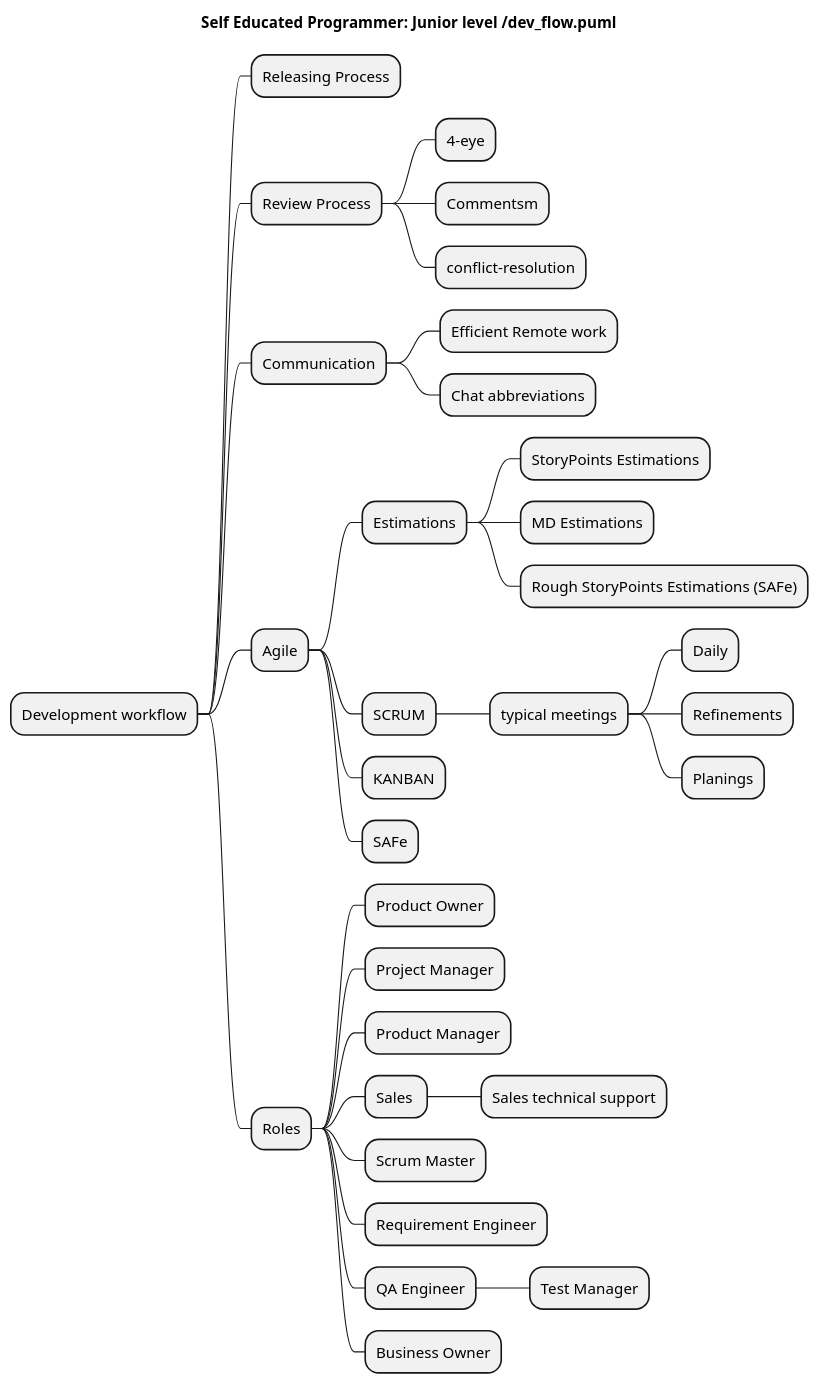
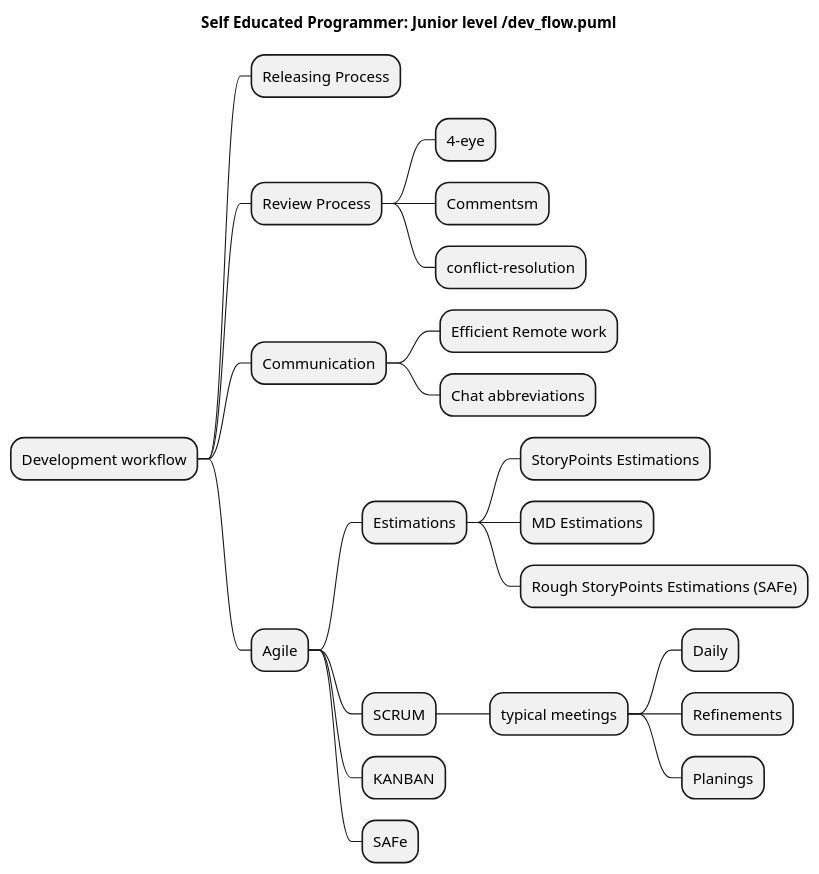
Before and after one commit to SmartSoftDev/self_educated_software_programmer_path: the diagram in src/dev_flow.puml, drawn with PlantUML. The commit also changed 6 other files, not shown here.

```diff
--- a/src/dev_flow.puml
+++ b/src/dev_flow.puml
@@ -1,37 +1,26 @@
 @startmindmap
 title Self Educated Programmer: Junior level /dev_flow.puml
 
 
 * Development workflow
 ** Releasing Process
 ** Review Process
 *** 4-eye
 *** Commentsm
 *** conflict-resolution
 ** Communication
 *** Efficient Remote work
 *** Chat abbreviations
 ** Agile
 *** Estimations
 **** StoryPoints Estimations
 **** MD Estimations
 **** Rough StoryPoints Estimations (SAFe)
 *** SCRUM
 **** typical meetings
 ***** Daily
 ***** Refinements
 ***** Planings
 *** KANBAN
 *** SAFe
-** Roles
-*** Product Owner
-*** Project Manager
-*** Product Manager
-*** Sales 
-**** Sales technical support
-*** Scrum Master
-*** Requirement Engineer
-*** QA Engineer
-**** Test Manager
-*** Business Owner
 @endmindmap
```
